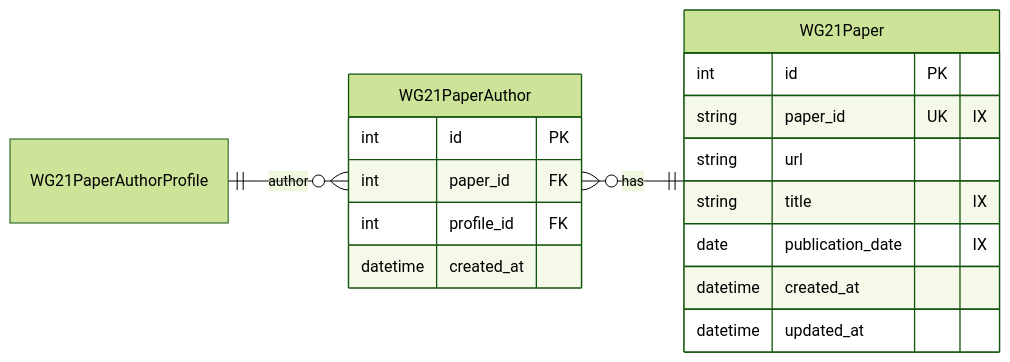
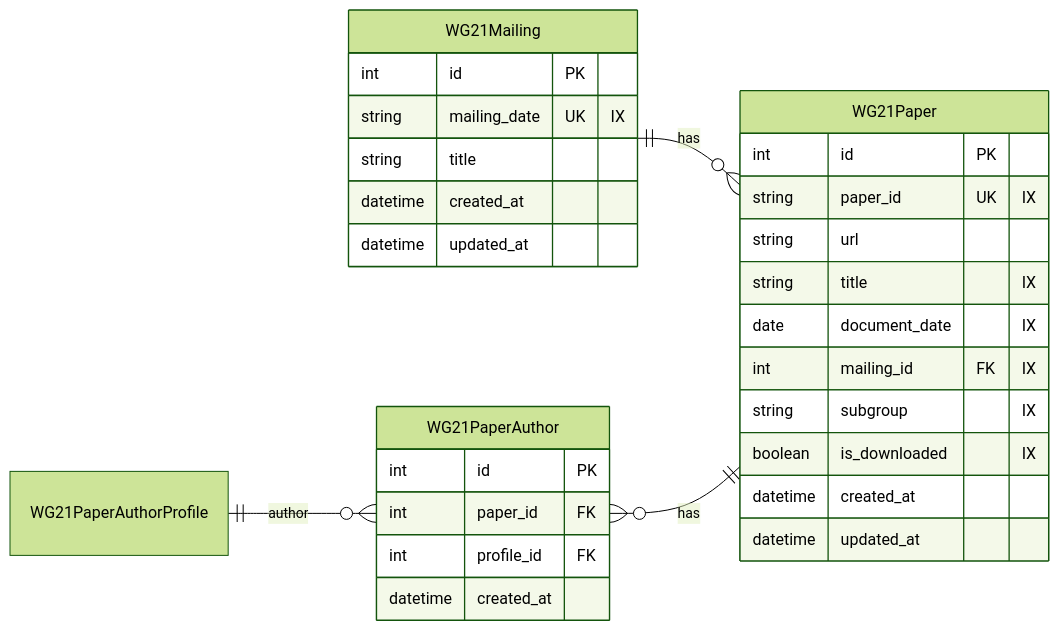
The tenth of 12 diagrams in docs/Schema.md (cppalliance/boost-data-collector), drawn with Mermaid (forest theme) before and after one commit. The commit also changed other lines of this file and 28 other files, not shown here.

````diff
--- a/docs/Schema.md
+++ b/docs/Schema.md
@@ -610,23 +610,35 @@
 ```mermaid
 erDiagram
     Direction LR
     WG21PaperAuthorProfile ||--o{ WG21PaperAuthor : "author"
+    WG21Mailing ||--o{ WG21Paper : "has"
     WG21PaperAuthor }o--|| WG21Paper : "has"
 
     WG21PaperAuthor {
         int id PK
         int paper_id FK
         int profile_id FK
         datetime created_at
     }
 
+    WG21Mailing {
+        int id PK
+        string mailing_date UK "IX"
+        string title
+        datetime created_at
+        datetime updated_at
+    }
+
     WG21Paper {
         int id PK
         string paper_id UK "IX"
         string url
         string title "IX"
-        date publication_date "IX"
+        date document_date "IX"
+        int mailing_id FK "IX"
+        string subgroup "IX"
+        boolean is_downloaded "IX"
         datetime created_at
         datetime updated_at
     }
 ```
````
